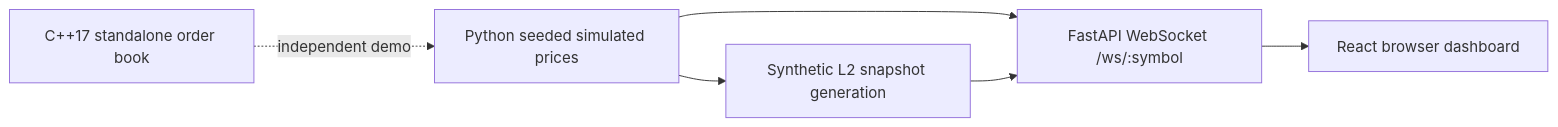
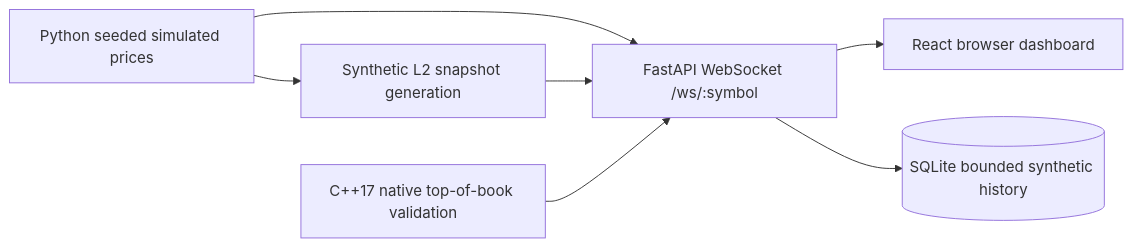
One commit to olabs123-hue/-MarketStream changed the diagram in README.md. Above: the diagram before and after it, drawn with Mermaid. The commit also changed other lines of this file, not shown here.

Commit message:
docs: explain native WebSocket validation and bounded simulated SQLite history

````diff
--- a/README.md
+++ b/README.md
@@ -22,8 +23,9 @@
 ```mermaid
 flowchart LR
   S[Python seeded simulated prices] --> API[FastAPI WebSocket /ws/:symbol]
   API --> B[React browser dashboard]
   S --> BOOK[Synthetic L2 snapshot generation]
   BOOK --> API
-  CPP[C++17 standalone order book] -. independent demo .-> S
+  CPP[C++17 native top-of-book validation] --> API
+  API --> DB[(SQLite bounded synthetic history)]
 ```
````
